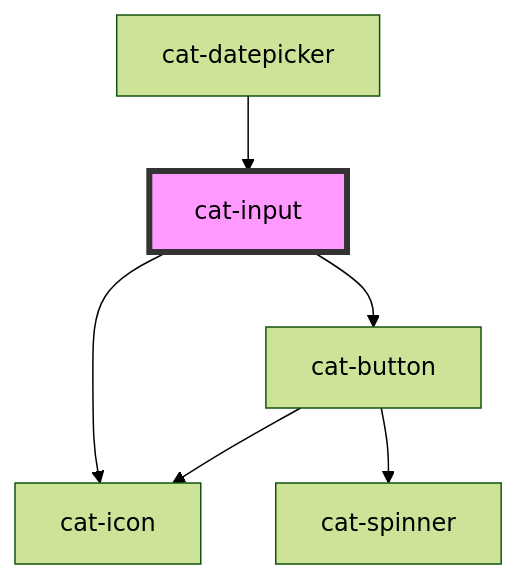
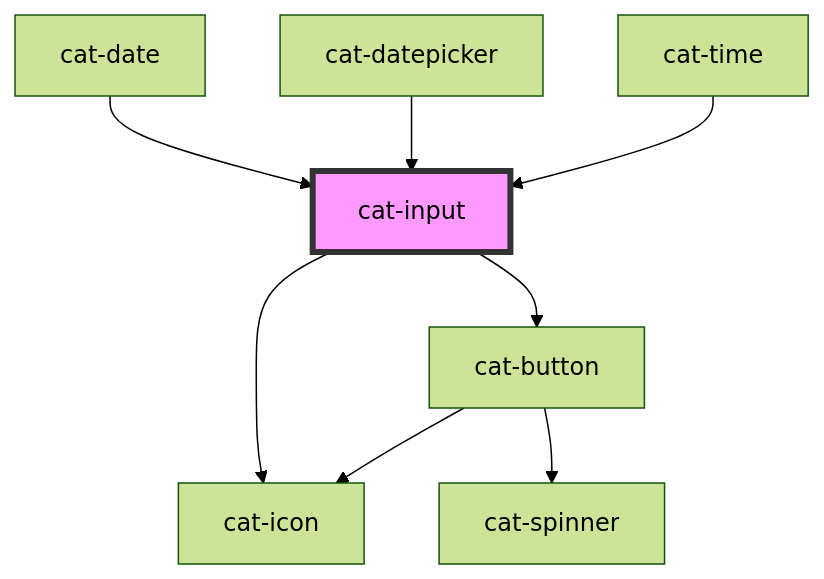
One commit to haiilo/catalyst changed the diagram in core/src/components/cat-input/readme.md. Above: the diagram before and after it, drawn with Mermaid (forest theme). The commit also changed other lines of this file and 61 other files, not shown here.

Commit message:
feat(core): add new cat-date picker and cat-time picker (#486)

````diff
--- a/core/src/components/cat-input/readme.md
+++ b/core/src/components/cat-input/readme.md
@@ -128,9 +146,11 @@
 ```mermaid
 graph TD;
   cat-input --> cat-icon
   cat-input --> cat-button
   cat-button --> cat-icon
   cat-button --> cat-spinner
+  cat-date --> cat-input
   cat-datepicker --> cat-input
+  cat-time --> cat-input
   style cat-input fill:#f9f,stroke:#333,stroke-width:4px
 ```
````
